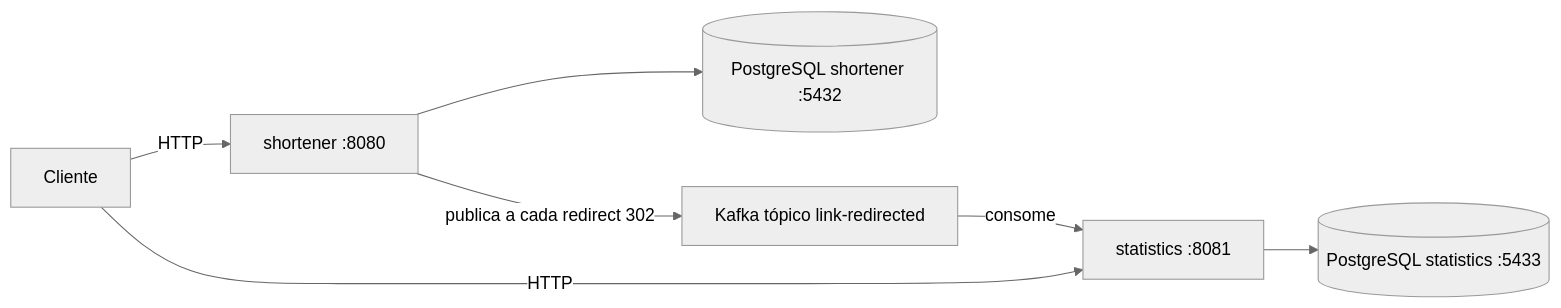
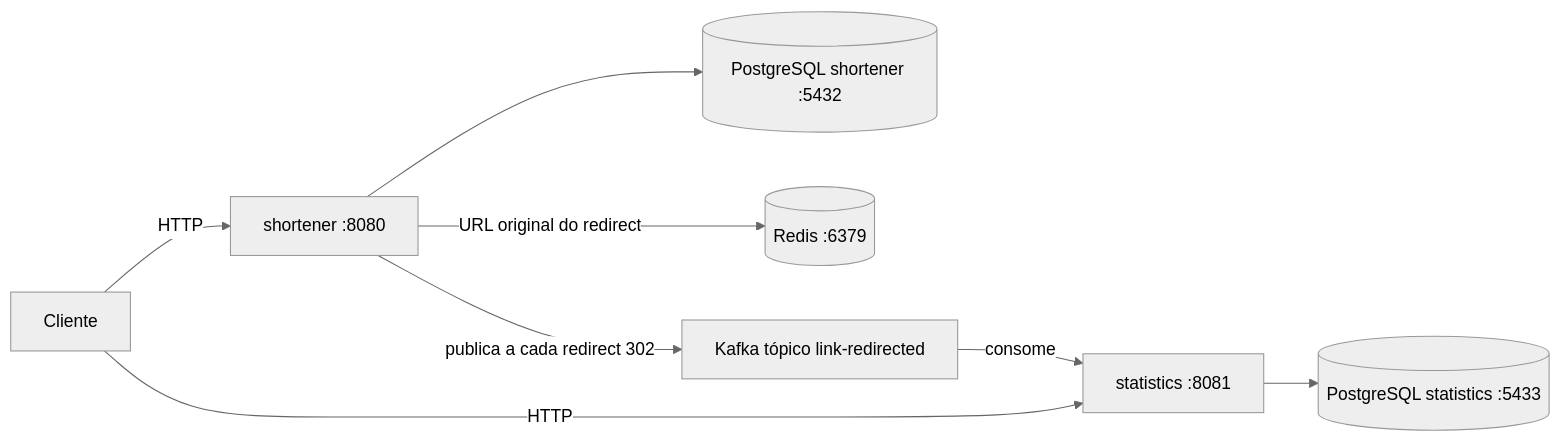
One commit to rafaelcelfelipe/url-shortener changed the diagram in README.md. Above: the diagram before and after it, drawn with Mermaid (neutral theme). The commit also changed other lines of this file and 11 other files, not shown here.

````diff
--- a/README.md
+++ b/README.md
@@ -9,16 +9,18 @@
 ```mermaid
 flowchart LR
   client[Cliente]
   shortener["shortener :8080"]
   statistics["statistics :8081"]
   shortenerDb[("PostgreSQL shortener :5432")]
   statisticsDb[("PostgreSQL statistics :5433")]
+  redis[("Redis :6379")]
   kafka["Kafka tópico link-redirected"]
 
   client -->|HTTP| shortener
   client -->|HTTP| statistics
   shortener --> shortenerDb
+  shortener -->|URL original do redirect| redis
   shortener -->|publica a cada redirect 302| kafka
   kafka -->|consome| statistics
   statistics --> statisticsDb
 ```
````
